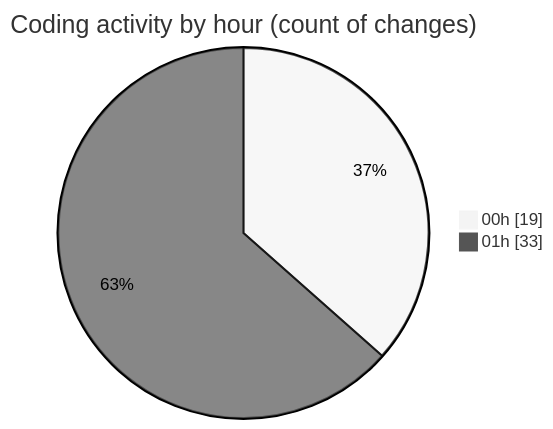
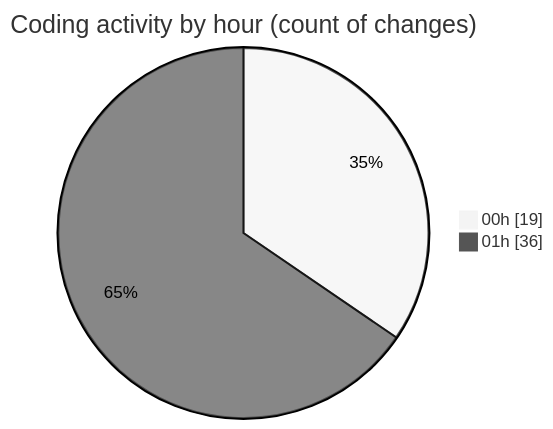
Before and after one commit to momahboobian/code-tracking: the second of 2 diagrams in 2025-02-23/pdf-analysis-app/README.md, drawn with Mermaid (neutral theme). The commit also changed other lines of this file and 1 other file, not shown here.

````diff
--- a/2025-02-23/pdf-analysis-app/README.md
+++ b/2025-02-23/pdf-analysis-app/README.md
@@ -40,6 +40,6 @@
 ```mermaid
 pie showData
 title Coding activity by hour (count of changes)
 "00h" : 19
-"01h" : 33
+"01h" : 36
 ```
````
